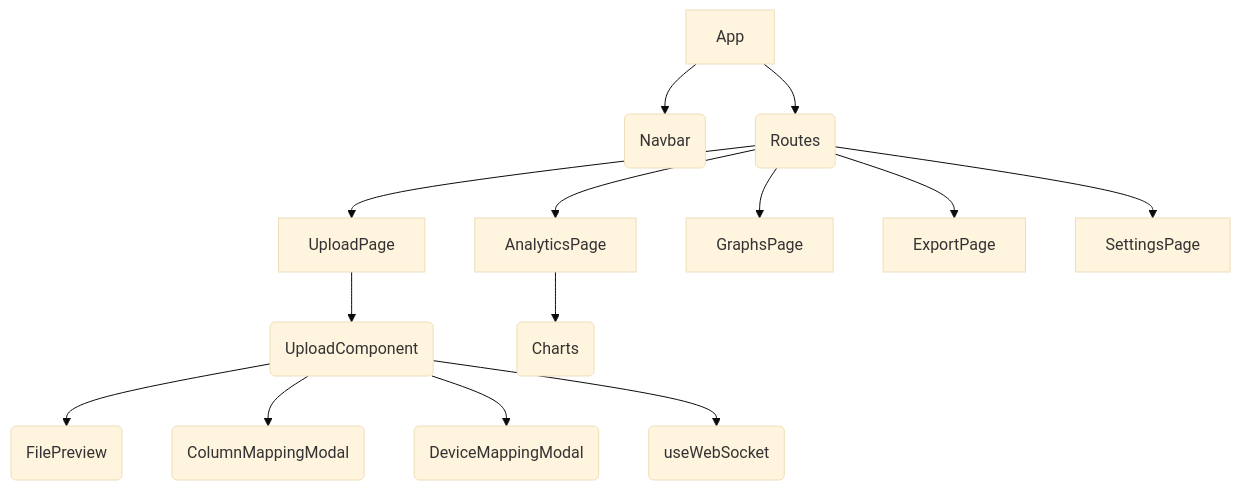
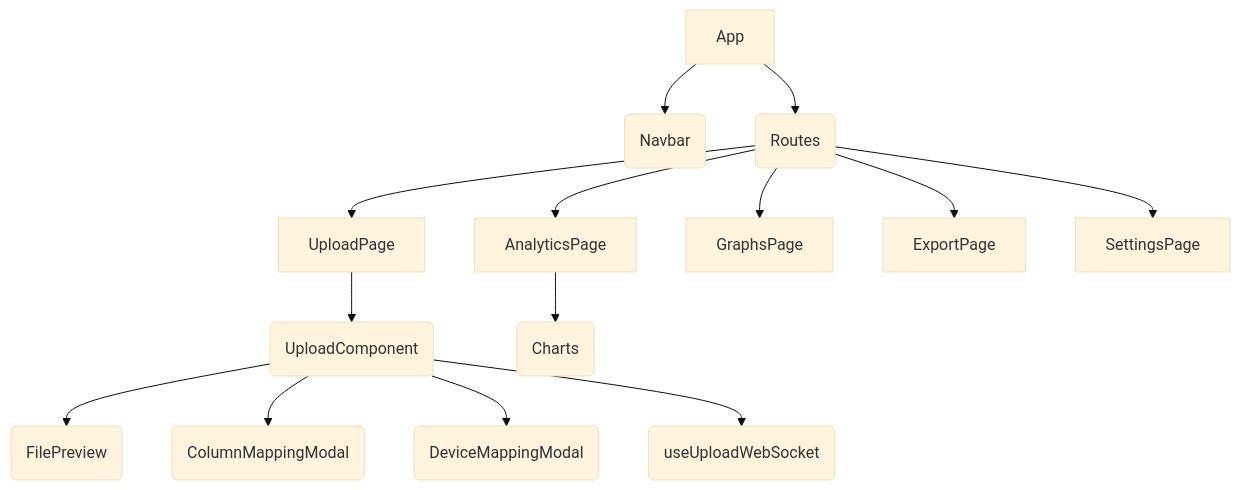
One commit to WSG23/yosai_intel_dashboard_fresh changed the diagram in docs/react_component_architecture.md. Above: the diagram before and after it, drawn with Mermaid (base theme). The commit also changed other lines of this file and 4 other files, not shown here.

````diff
--- a/docs/react_component_architecture.md
+++ b/docs/react_component_architecture.md
@@ -44,16 +45,16 @@
 ```mermaid
 graph TD
     A[App] --> B(Navbar)
     A --> C(Routes)
     C --> U[UploadPage]
     C --> AN[AnalyticsPage]
     C --> G[GraphsPage]
     C --> E[ExportPage]
     C --> S[SettingsPage]
     U --> UU(UploadComponent)
     UU --> FP(FilePreview)
     UU --> CM(ColumnMappingModal)
     UU --> DM(DeviceMappingModal)
-    UU --> WS(useWebSocket)
+    UU --> WS(useUploadWebSocket)
     AN --> CH(Charts)
 ```
````
